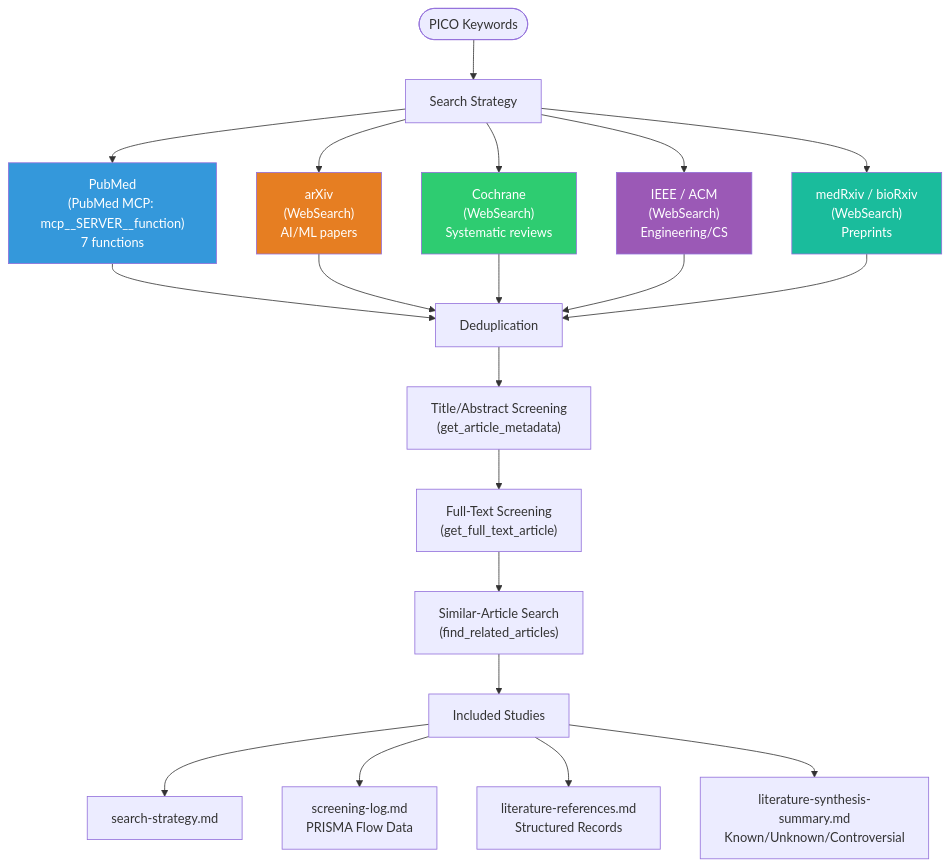
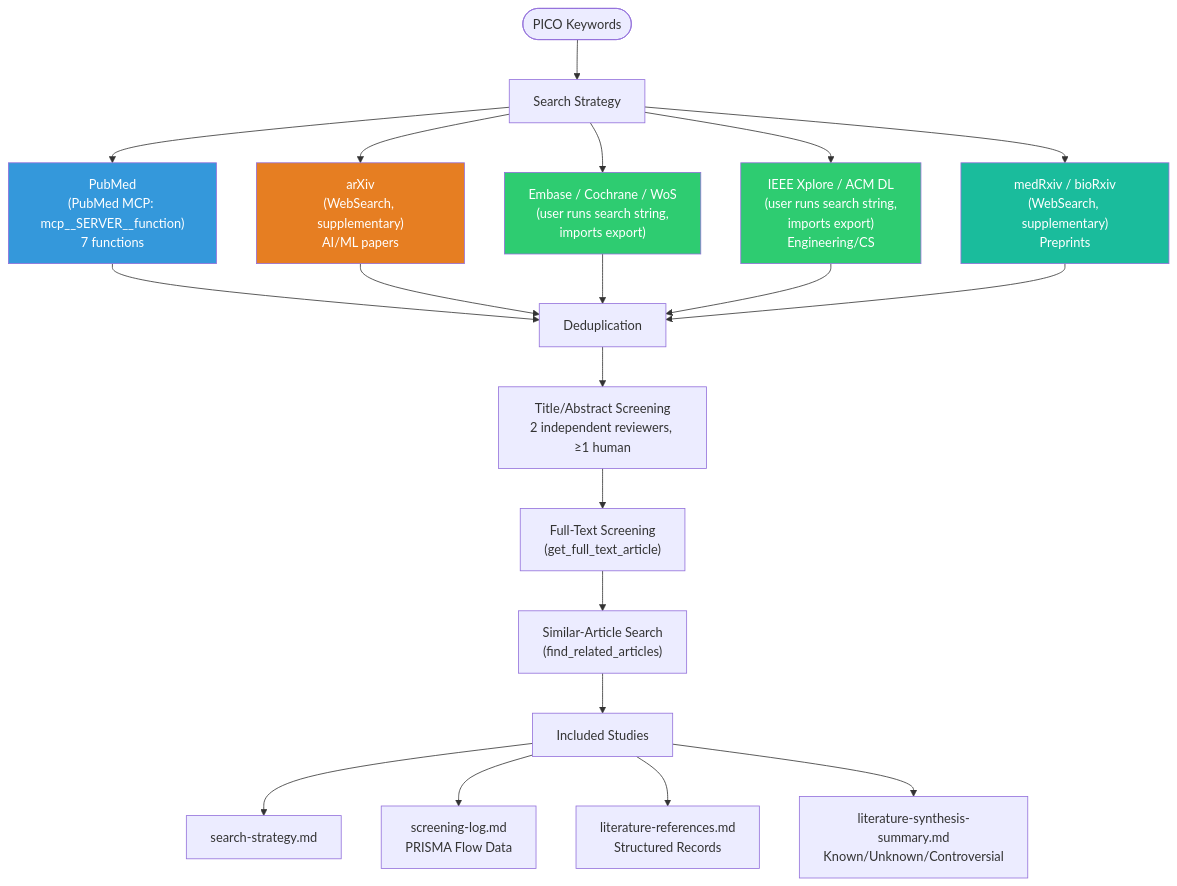
The fourth of 8 diagrams in docs/architecture.md (Stefansong/med-research-powers), drawn with Mermaid before and after one commit. The commit also changed other lines of this file and 4 other files, not shown here.

First line of the commit message:
docs: README, README_CN, user manual and architecture match the current behaviour and counts

````diff
--- a/docs/architecture.md
+++ b/docs/architecture.md
@@ -154,29 +154,29 @@
 ```mermaid
 flowchart TD
     PICO([PICO Keywords]) --> STRATEGY[Search Strategy]
 
     STRATEGY --> DB1 & DB2 & DB3 & DB4 & DB5
 
     DB1["PubMed<br/>(PubMed MCP: mcp__SERVER__function)<br/>7 functions"]
-    DB2["arXiv<br/>(WebSearch)<br/>AI/ML papers"]
-    DB3["Cochrane<br/>(WebSearch)<br/>Systematic reviews"]
-    DB4["IEEE / ACM<br/>(WebSearch)<br/>Engineering/CS"]
-    DB5["medRxiv / bioRxiv<br/>(WebSearch)<br/>Preprints"]
+    DB2["arXiv<br/>(WebSearch, supplementary)<br/>AI/ML papers"]
+    DB3["Embase / Cochrane / WoS<br/>(user runs search string,<br/>imports export)"]
+    DB4["IEEE Xplore / ACM DL<br/>(user runs search string,<br/>imports export)<br/>Engineering/CS"]
+    DB5["medRxiv / bioRxiv<br/>(WebSearch, supplementary)<br/>Preprints"]
 
     DB1 & DB2 & DB3 & DB4 & DB5 --> DEDUP[Deduplication]
-    DEDUP --> SCREEN1["Title/Abstract Screening<br/>(get_article_metadata)"]
+    DEDUP --> SCREEN1["Title/Abstract Screening<br/>2 independent reviewers, ≥1 human"]
     SCREEN1 --> SCREEN2["Full-Text Screening<br/>(get_full_text_article)"]
     SCREEN2 --> SNOW["Similar-Article Search<br/>(find_related_articles)"]
     SNOW --> INCLUDED[Included Studies]
 
     INCLUDED --> OUT1[search-strategy.md]
     INCLUDED --> OUT2[screening-log.md<br/>PRISMA Flow Data]
     INCLUDED --> OUT3[literature-references.md<br/>Structured Records]
     INCLUDED --> OUT4[literature-synthesis-summary.md<br/>Known/Unknown/Controversial]
 
     style DB1 fill:#3498db,color:#fff
     style DB2 fill:#e67e22,color:#fff
     style DB3 fill:#2ecc71,color:#fff
-    style DB4 fill:#9b59b6,color:#fff
+    style DB4 fill:#2ecc71,color:#fff
     style DB5 fill:#1abc9c,color:#fff
 ```
````
